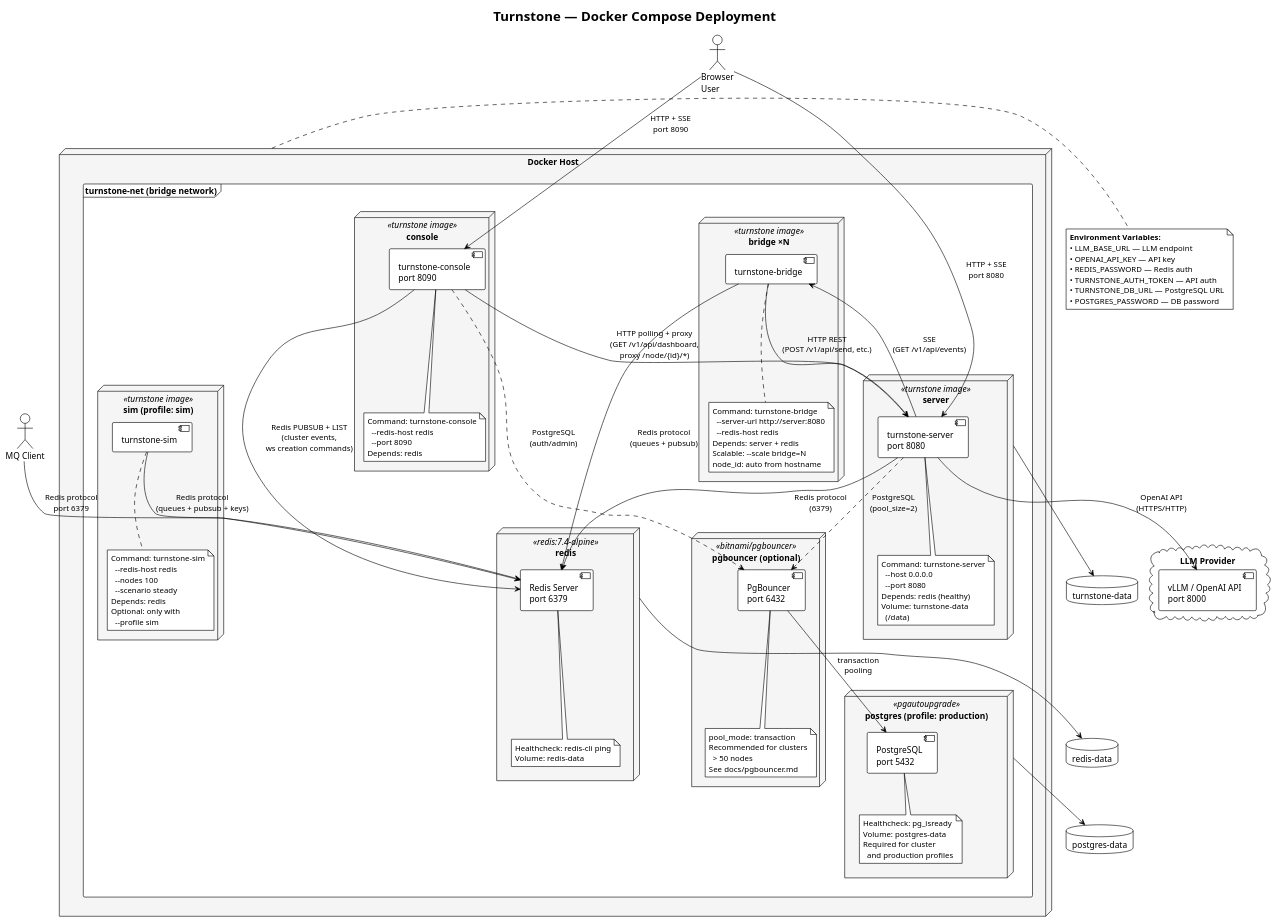
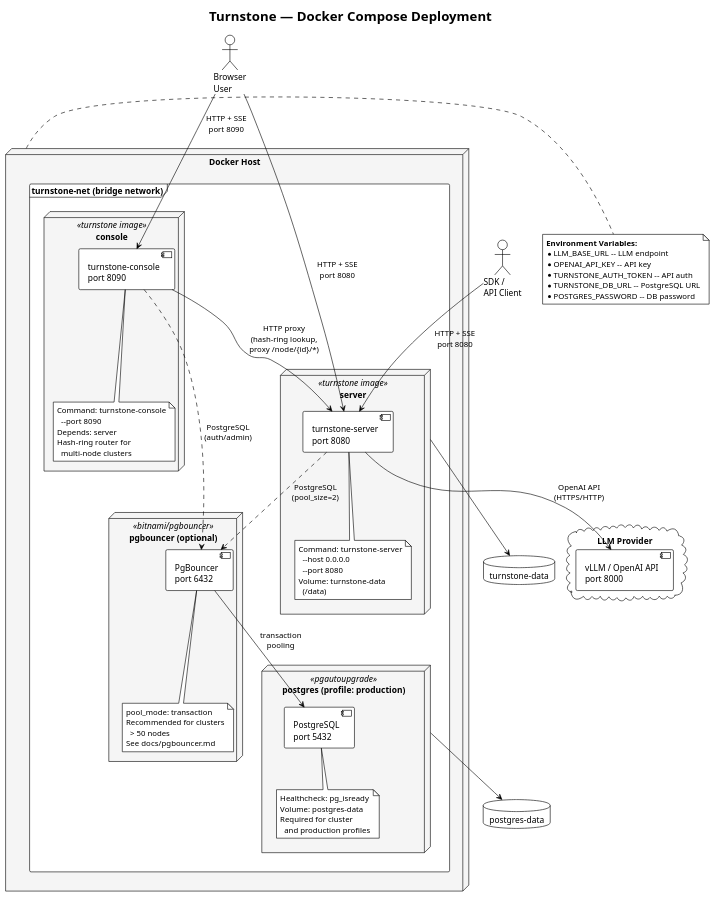
Before and after one commit to turnstonelabs/turnstone: the diagram in docs/diagrams/12-deployment.puml, drawn with PlantUML. The commit also changed 49 other files, not shown here.

First line of the commit message:
chore: polish — remove dead code, update diagrams and docs

```diff
--- a/docs/diagrams/12-deployment.puml
+++ b/docs/diagrams/12-deployment.puml
@@ -1,140 +1,96 @@
 @startuml
 !theme plain
 title Turnstone — Docker Compose Deployment
 
 skinparam node {
     BackgroundColor #F5F5F5
 }
 
 cloud "LLM Provider" as llm {
     component [vLLM / OpenAI API\nport 8000] as llm_api
 }
 
 node "Docker Host" as host {
 
     frame "turnstone-net (bridge network)" as net {
 
-        node "redis" <<redis:7.4-alpine>> as redis_node {
-            component [Redis Server\nport 6379] as redis
-            note bottom of redis
-                Healthcheck: redis-cli ping
-                Volume: redis-data
-            end note
-        }
-
         node "server" <<turnstone image>> as server_node {
             component [turnstone-server\nport 8080] as server
             note bottom of server
                 Command: turnstone-server
                   --host 0.0.0.0
                   --port 8080
-                Depends: redis (healthy)
                 Volume: turnstone-data
                   (/data)
-            end note
-        }
-
-        node "bridge ×N" <<turnstone image>> as bridge_node {
-            component [turnstone-bridge] as bridge
-            note bottom of bridge
-                Command: turnstone-bridge
-                  --server-url http://server:8080
-                  --redis-host redis
-                Depends: server + redis
-                Scalable: --scale bridge=N
-                node_id: auto from hostname
             end note
         }
 
         node "console" <<turnstone image>> as console_node {
             component [turnstone-console\nport 8090] as console
             note bottom of console
                 Command: turnstone-console
-                  --redis-host redis
                   --port 8090
-                Depends: redis
+                Depends: server
+                Hash-ring router for
+                  multi-node clusters
             end note
         }
 
         node "postgres (profile: production)" <<pgautoupgrade>> as pg_node {
             component [PostgreSQL\nport 5432] as postgres
             note bottom of postgres
                 Healthcheck: pg_isready
                 Volume: postgres-data
                 Required for cluster
                   and production profiles
             end note
         }
 
         node "pgbouncer (optional)" <<bitnami/pgbouncer>> as pgb_node {
             component [PgBouncer\nport 6432] as pgbouncer
             note bottom of pgbouncer
                 pool_mode: transaction
                 Recommended for clusters
                   > 50 nodes
                 See docs/pgbouncer.md
             end note
         }
-
-        node "sim (profile: sim)" <<turnstone image>> as sim_node {
-            component [turnstone-sim] as sim
-            note bottom of sim
-                Command: turnstone-sim
-                  --redis-host redis
-                  --nodes 100
-                  --scenario steady
-                Depends: redis
-                Optional: only with
-                  --profile sim
-            end note
-        }
     }
 }
 
 actor "Browser\nUser" as browser
-actor "MQ Client" as mqclient
+actor "SDK /\nAPI Client" as apiclient
 
 ' External connections
 browser --> server : HTTP + SSE\nport 8080
 browser --> console : HTTP + SSE\nport 8090
-mqclient --> redis : Redis protocol\nport 6379
+apiclient --> server : HTTP + SSE\nport 8080
 
 ' Internal connections
-server --> redis : Redis protocol\n(6379)
 server --> llm_api : OpenAI API\n(HTTPS/HTTP)
 
-bridge --> server : HTTP REST\n(POST /v1/api/send, etc.)
-bridge <-- server : SSE\n(GET /v1/api/events)
-bridge --> redis : Redis protocol\n(queues + pubsub)
-
-console --> redis : Redis PUBSUB + LIST\n(cluster events,\nws creation commands)
-console --> server : HTTP polling + proxy\n(GET /v1/api/dashboard,\nproxy /node/{id}/*)
-
-sim --> redis : Redis protocol\n(queues + pubsub + keys)
+console --> server : HTTP proxy\n(hash-ring lookup,\nproxy /node/{id}/*)
 
 ' Database connections (production/cluster profiles)
 server ..> pgbouncer : PostgreSQL\n(pool_size=2)
 console ..> pgbouncer : PostgreSQL\n(auth/admin)
 pgbouncer --> postgres : transaction\npooling
 
 ' Environment variables
 note right of host
     **Environment Variables:**
-    • LLM_BASE_URL — LLM endpoint
-    • OPENAI_API_KEY — API key
-    • REDIS_PASSWORD — Redis auth
-    • TURNSTONE_AUTH_TOKEN — API auth
-    • TURNSTONE_DB_URL — PostgreSQL URL
-    • POSTGRES_PASSWORD — DB password
+    * LLM_BASE_URL -- LLM endpoint
+    * OPENAI_API_KEY -- API key
+    * TURNSTONE_AUTH_TOKEN -- API auth
+    * TURNSTONE_DB_URL -- PostgreSQL URL
+    * POSTGRES_PASSWORD -- DB password
 end note
 
 ' Volumes
-database "redis-data" as rv
 database "turnstone-data" as tv
 database "postgres-data" as pv
 
-redis_node --> rv
 server_node --> tv
 pg_node --> pv
 
 @enduml
```
